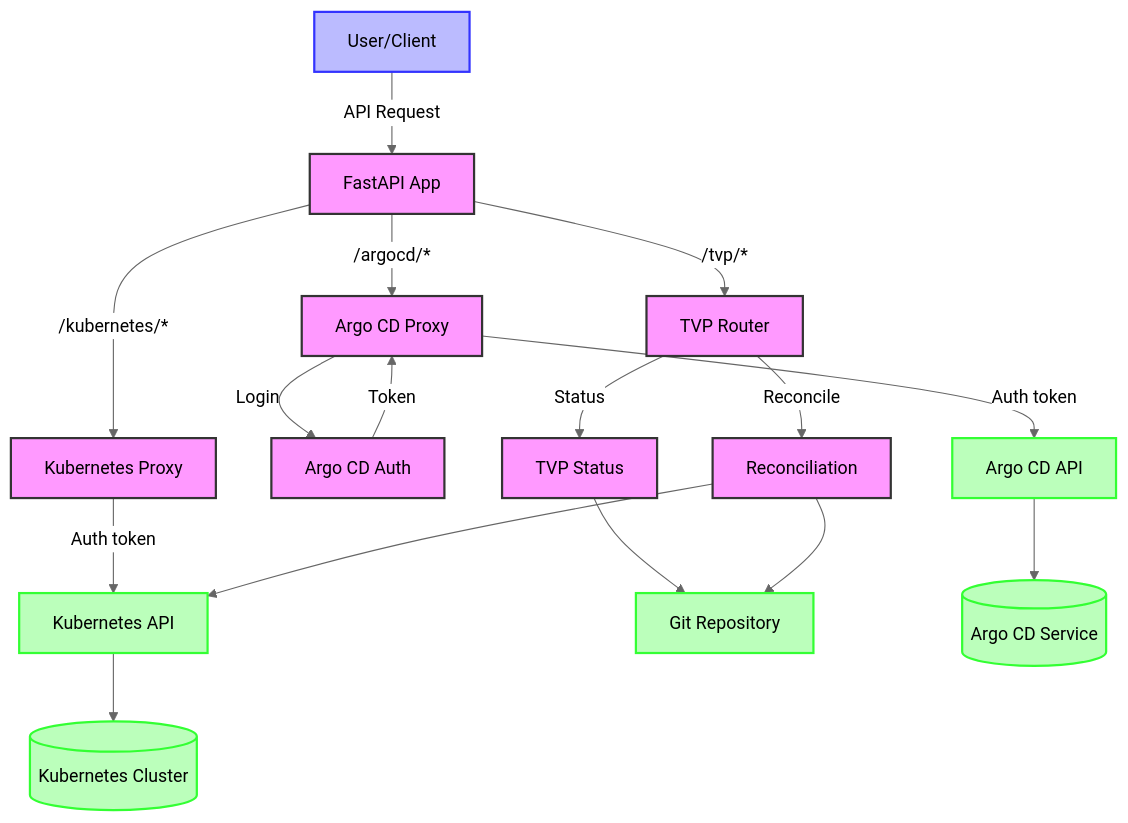
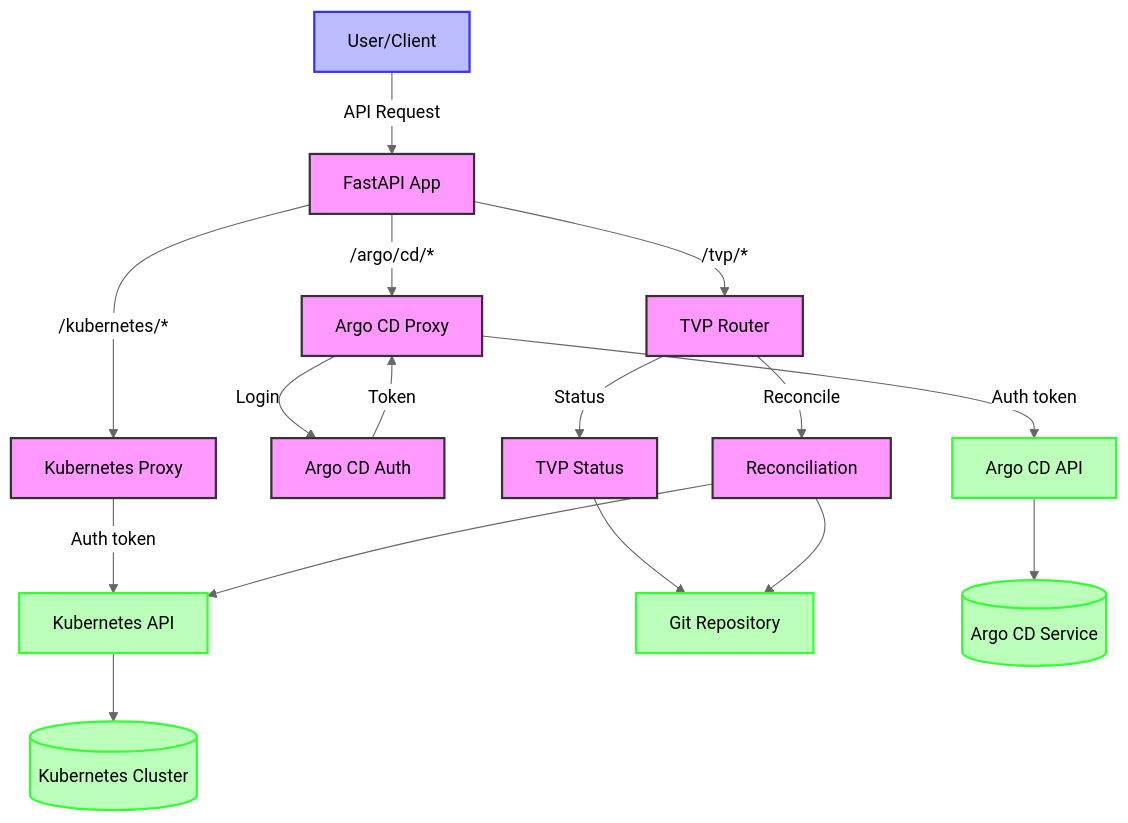
One commit to lloydchang/tvp-k8s changed the ninth of 9 diagrams in README.md. Above: the diagram before and after it, drawn with Mermaid (neutral theme). The commit also changed other lines of this file and 9 other files, not shown here.

````diff
--- a/README.md
+++ b/README.md
@@ -413,32 +413,32 @@
 ```mermaid
 flowchart TD
     User[User/Client] -->|API Request| API[FastAPI App]
     
     API -->|/kubernetes/*| KP[Kubernetes Proxy]
-    API -->|/argocd/*| AP[Argo CD Proxy]
+    API -->|/argo/cd/*| AP[Argo CD Proxy]
     API -->|/tvp/*| TVP[TVP Router]
     
     KP -->|Auth token| KA[Kubernetes API]
     AP -->|Login| Auth[Argo CD Auth]
     Auth -->|Token| AP
     AP -->|Auth token| AA[Argo CD API]
     
     TVP -->|Status| TS[TVP Status]
     TVP -->|Reconcile| R[Reconciliation]
     
     TS --> Git[Git Repository]
     R --> Git
     R --> KA
     
     KA --> K8s[(Kubernetes Cluster)]
     AA --> ArgoCD[(Argo CD Service)]
     
     classDef user fill:#bbf,stroke:#33f,stroke-width:2px
     classDef app fill:#f9f,stroke:#333,stroke-width:2px
     classDef external fill:#bfb,stroke:#3f3,stroke-width:2px
     
     class User user
     class API,KP,AP,TVP,TS,R,Auth app
     class K8s,ArgoCD,Git,KA,AA external
 
 ```
````
